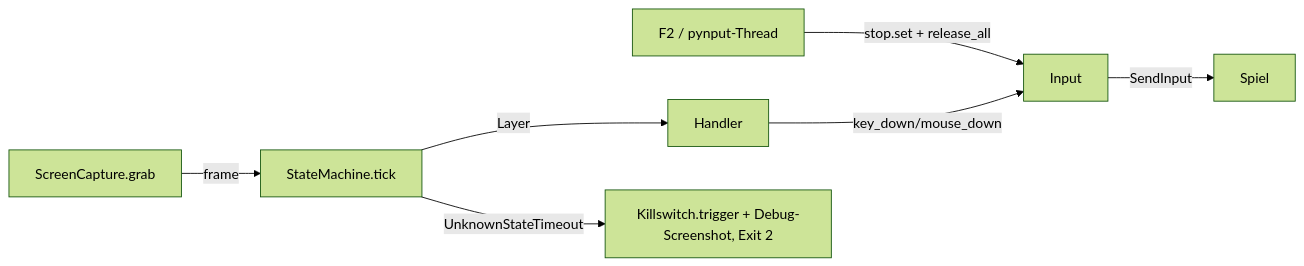
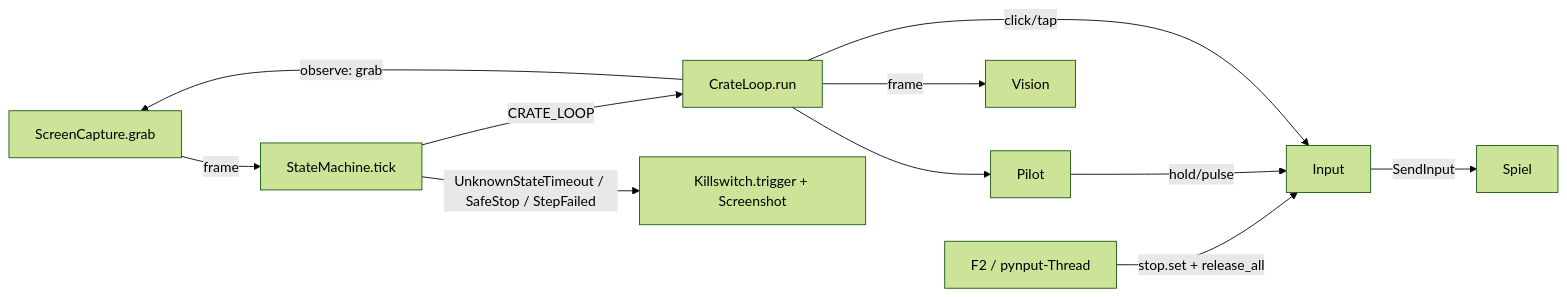
The third of 3 diagrams in docs/ARCHITECTURE.md (geilevideossos-gamedev/wardogs-xp-farmer), drawn with Mermaid (forest theme) before and after one commit. The commit also changed other lines of this file and 17 other files, not shown here.

First line of the commit message:
feat(layer1): Crate-Schleife fliegt Paletten in die Zone

````diff
--- a/docs/ARCHITECTURE.md
+++ b/docs/ARCHITECTURE.md
@@ -70,8 +126,11 @@
 ```mermaid
 flowchart LR
     F2[F2 / pynput-Thread] -->|stop.set + release_all| Input
     Capture[ScreenCapture.grab] -->|frame| SM[StateMachine.tick]
-    SM -->|Layer| Handler
-    Handler -->|key_down/mouse_down| Input -->|SendInput| Spiel
-    SM -->|UnknownStateTimeout| Safe[Killswitch.trigger + Debug-Screenshot, Exit 2]
+    SM -->|CRATE_LOOP| CL[CrateLoop.run]
+    CL -->|observe: grab| Capture
+    CL -->|frame| Vision
+    CL --> Pilot -->|hold/pulse| Input -->|SendInput| Spiel
+    CL -->|click/tap| Input
+    SM -->|UnknownStateTimeout / SafeStop / StepFailed| Safe[Killswitch.trigger + Screenshot]
 ```
````
